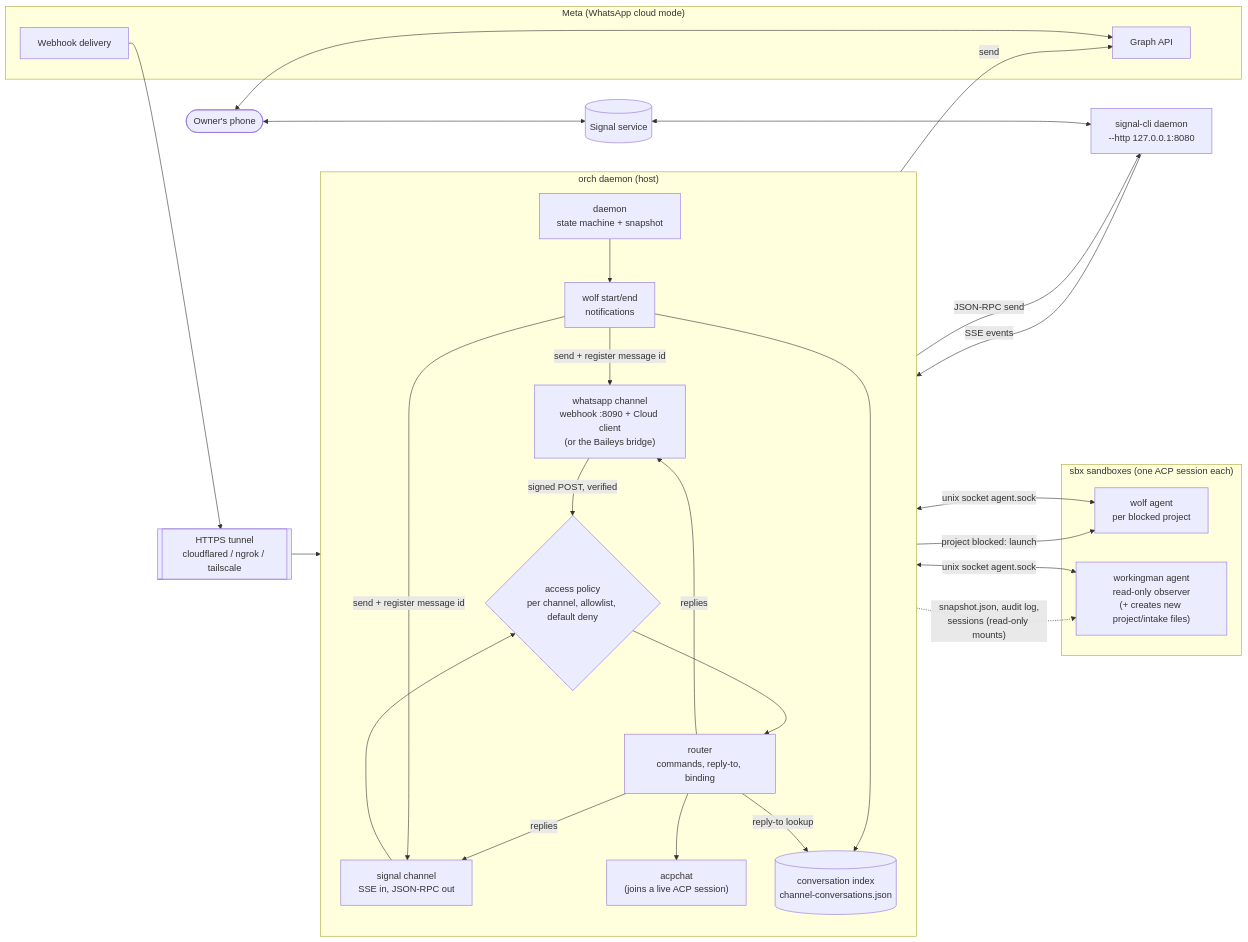
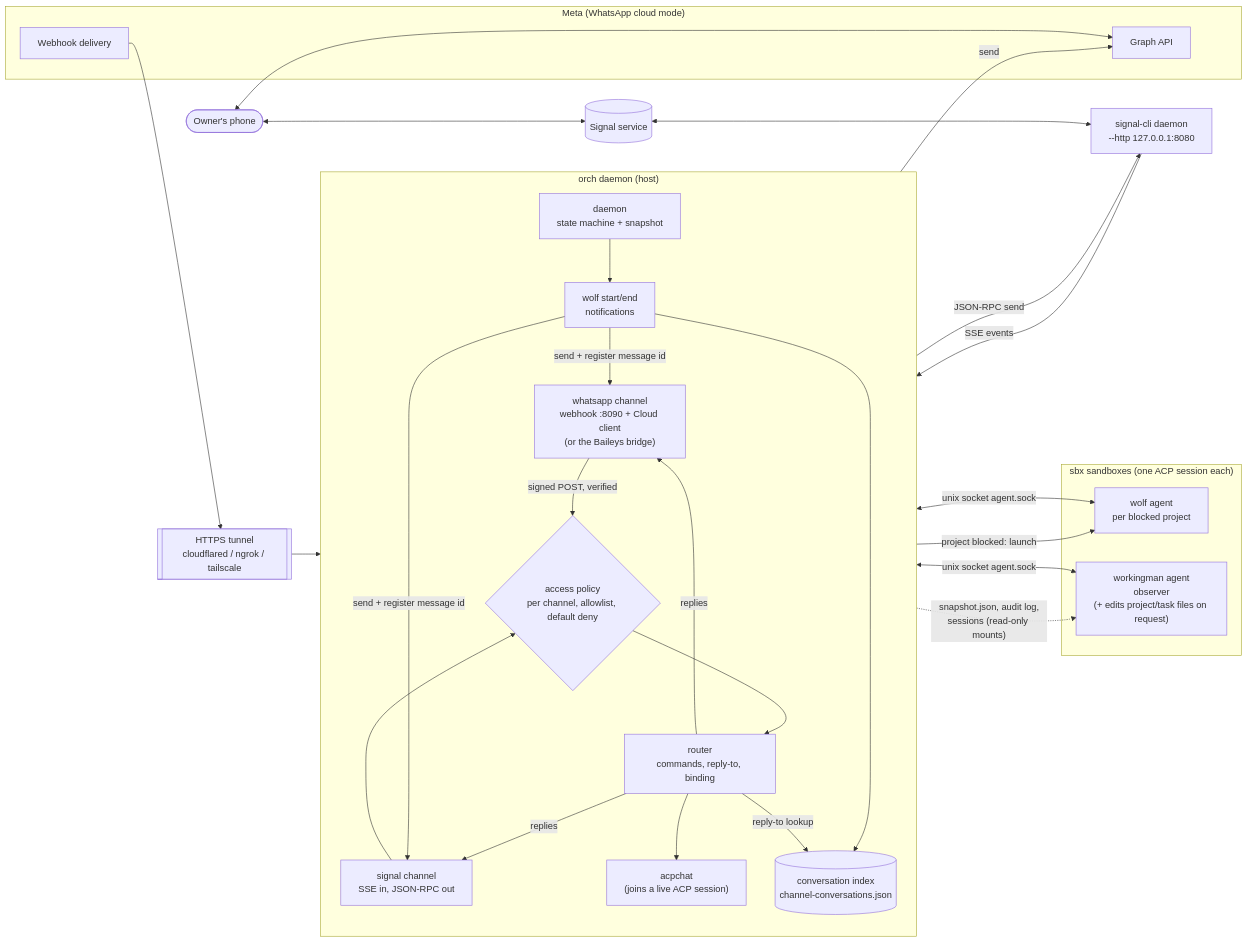
Before and after one commit to slimslenderslacks/workingman: the diagram in docs/channels.md, drawn with Mermaid. The commit also changed other lines of this file and 10 other files, not shown here.

First line of the commit message:
Let the workingman agent edit the orch roots on request

````diff
--- a/docs/channels.md
+++ b/docs/channels.md
@@ -30,53 +30,53 @@
 ```mermaid
 flowchart LR
     phone([Owner's phone])
 
     subgraph meta["Meta (WhatsApp cloud mode)"]
         graphapi[Graph API]
         hook[Webhook delivery]
     end
     tunnel[[HTTPS tunnel<br/>cloudflared / ngrok / tailscale]]
 
     signalsvc[(Signal service)]
     sigcli["signal-cli daemon<br/>--http 127.0.0.1:8080"]
 
     subgraph orch["orch daemon (host)"]
         direction TB
         chan["whatsapp channel<br/>webhook :8090 + Cloud client<br/>(or the Baileys bridge)"]
         sigchan["signal channel<br/>SSE in, JSON-RPC out"]
         policy{"access policy<br/>per channel, allowlist, default deny"}
         router["router<br/>commands, reply-to, binding"]
         index[("conversation index<br/>channel-conversations.json")]
         notify["wolf start/end<br/>notifications"]
         daemon["daemon<br/>state machine + snapshot"]
         acpchat["acpchat<br/>(joins a live ACP session)"]
     end
 
     subgraph sandboxes["sbx sandboxes (one ACP session each)"]
         wolf["wolf agent<br/>per blocked project"]
-        wm["workingman agent<br/>read-only observer<br/>(+ creates new project/intake files)"]
+        wm["workingman agent<br/>observer<br/>(+ edits project/task files on request)"]
     end
 
     phone <--> graphapi
     phone <--> signalsvc
     signalsvc <--> sigcli
     hook --> tunnel --> chan
     sigcli -->|"SSE events"| sigchan
     sigchan -->|"JSON-RPC send"| sigcli
     chan -->|"signed POST, verified"| policy
     sigchan --> policy
     policy --> router
     router --> acpchat
     acpchat <-->|"unix socket agent.sock"| wolf
     acpchat <-->|"unix socket agent.sock"| wm
     router -->|"replies"| chan
     router -->|"replies"| sigchan
     daemon -->|"project blocked: launch"| wolf
     daemon --> notify
     notify -->|"send + register message id"| chan
     notify -->|"send + register message id"| sigchan
     notify --> index
     router -->|"reply-to lookup"| index
     daemon -. "snapshot.json, audit log,<br/>sessions (read-only mounts)" .-> wm
     chan -->|"send"| graphapi
 ```
````
